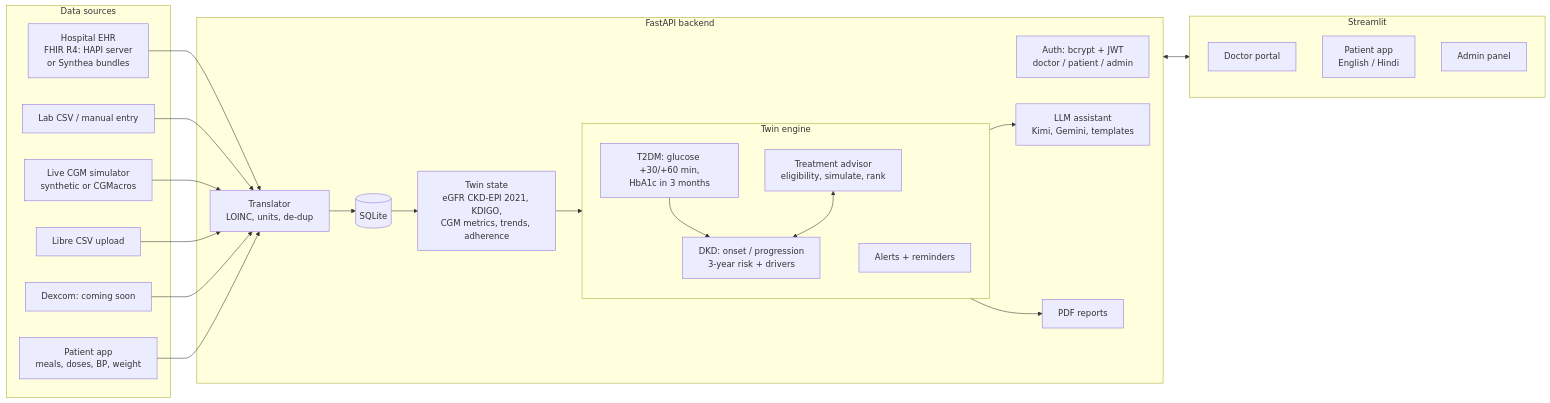
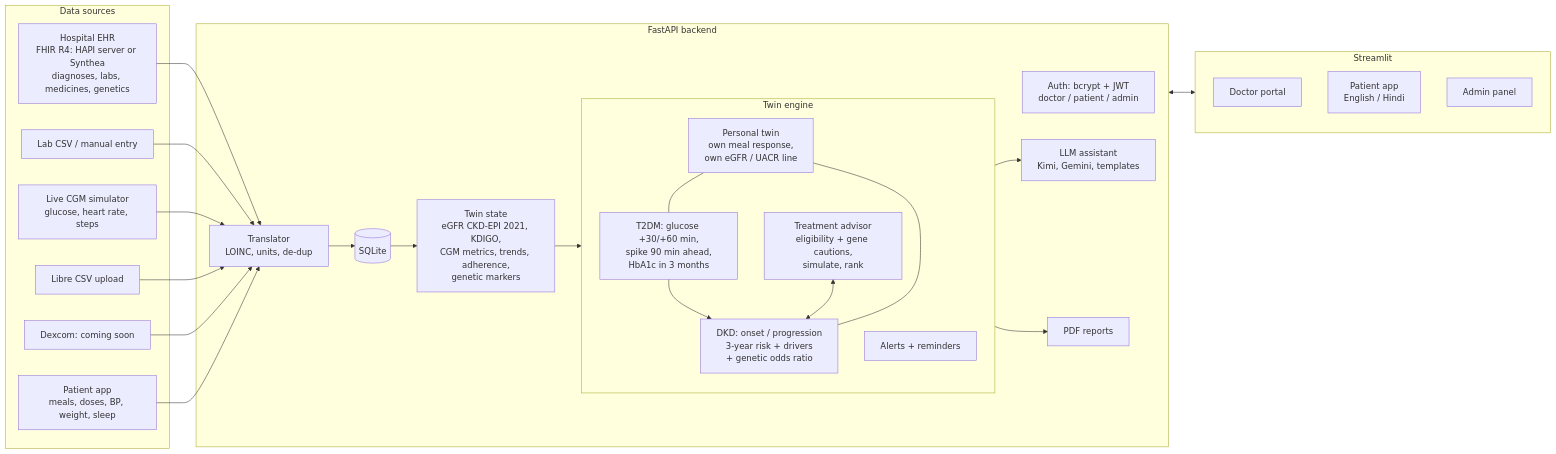
Before and after one commit to singhshiwangi7835-cloud/glycorenal-twin: the diagram in docs/architecture.md, drawn with Mermaid. The commit also changed other lines of this file and 3 other files, not shown here.

Commit message:
Architecture doc and diagram: genetics, spike warning, personal twin, jobs, security

````diff
--- a/docs/architecture.md
+++ b/docs/architecture.md
@@ -16,35 +31,38 @@
 ```mermaid
 flowchart LR
   subgraph IN[Data sources]
-    EHR[Hospital EHR<br/>FHIR R4: HAPI server<br/>or Synthea bundles]
+    EHR[Hospital EHR<br/>FHIR R4: HAPI server or Synthea<br/>diagnoses, labs, medicines, genetics]
     LAB[Lab CSV / manual entry]
-    SIM[Live CGM simulator<br/>synthetic or CGMacros]
+    SIM[Live CGM simulator<br/>glucose, heart rate, steps]
     LIB[Libre CSV upload]
     DEX[Dexcom: coming soon]
-    PAT[Patient app<br/>meals, doses, BP, weight]
+    PAT[Patient app<br/>meals, doses, BP, weight, sleep]
   end
   subgraph API[FastAPI backend]
     AUTH[Auth: bcrypt + JWT<br/>doctor / patient / admin]
     TR[Translator<br/>LOINC, units, de-dup]
     DB[(SQLite)]
-    ST[Twin state<br/>eGFR CKD-EPI 2021, KDIGO,<br/>CGM metrics, trends, adherence]
+    ST[Twin state<br/>eGFR CKD-EPI 2021, KDIGO,<br/>CGM metrics, trends, adherence,<br/>genetic markers]
     subgraph ENG[Twin engine]
-      T2[T2DM: glucose +30/+60 min,<br/>HbA1c in 3 months]
-      DKD[DKD: onset / progression<br/>3-year risk + drivers]
-      TA[Treatment advisor<br/>eligibility, simulate, rank]
+      T2[T2DM: glucose +30/+60 min,<br/>spike 90 min ahead,<br/>HbA1c in 3 months]
+      DKD[DKD: onset / progression<br/>3-year risk + drivers<br/>+ genetic odds ratio]
+      PT[Personal twin<br/>own meal response,<br/>own eGFR / UACR line]
+      TA[Treatment advisor<br/>eligibility + gene cautions,<br/>simulate, rank]
       AL[Alerts + reminders]
     end
     LLM[LLM assistant<br/>Kimi, Gemini, templates]
     PDF[PDF reports]
   end
   subgraph UI[Streamlit]
     DOC[Doctor portal]
     PTA[Patient app<br/>English / Hindi]
     ADM[Admin panel]
   end
   EHR & LAB & SIM & LIB & DEX & PAT --> TR --> DB --> ST --> ENG
   T2 --> DKD
   TA <--> DKD
+  PT --- T2
+  PT --- DKD
   ENG --> LLM & PDF
   API <--> UI
 ```
````
